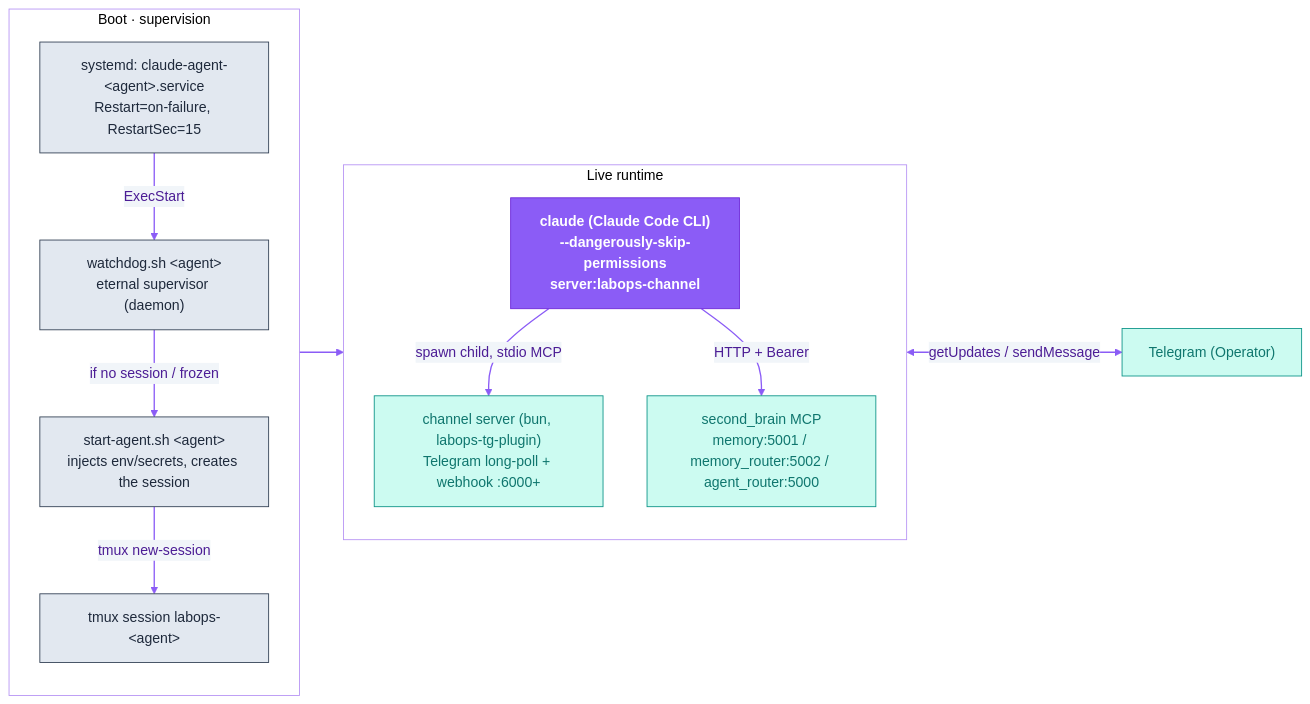
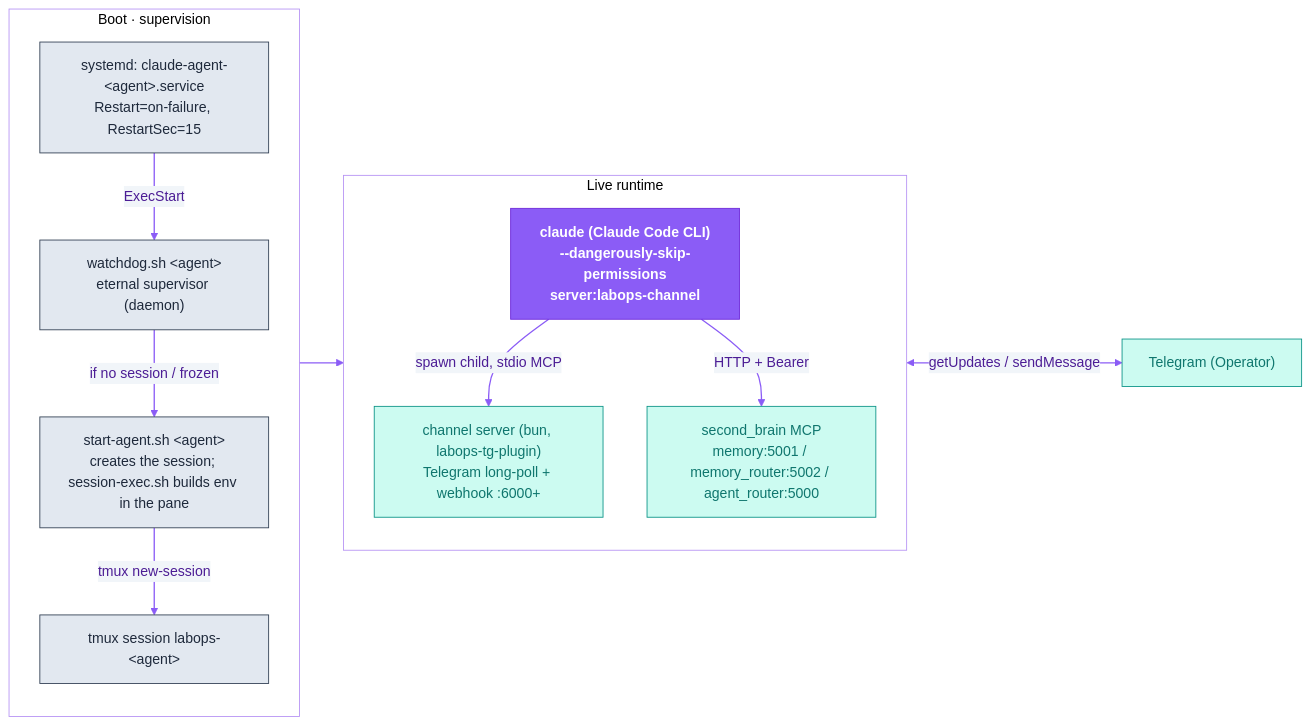
The second of 4 diagrams in agent-architecture/README.md (dediukhinpa/labops-ai-assistant), drawn with Mermaid before and after one commit. The commit also changed other lines of this file and 7 other files, not shown here.

Commit message:
Assemble agent session env inside the tmux pane instead of passing it as flags

````diff
--- a/agent-architecture/README.md
+++ b/agent-architecture/README.md
@@ -130,32 +130,32 @@
 ```mermaid
 %%{init: {'theme':'base','themeVariables':{'primaryColor':'#EDE9FE','primaryTextColor':'#4C1D95','primaryBorderColor':'#8B5CF6','lineColor':'#8B5CF6','secondaryColor':'#F1F5F9','tertiaryColor':'#ffffff','clusterBkg':'transparent','clusterBorder':'#B794F4','fontFamily':'Helvetica,Arial,sans-serif'}}}%%
 flowchart LR
   subgraph boot["Boot · supervision"]
     direction TB
     SD["systemd: claude-agent-&lt;agent&gt;.service<br/>Restart=on-failure, RestartSec=15"]
     WD["watchdog.sh &lt;agent&gt;<br/>eternal supervisor (daemon)"]
-    SA["start-agent.sh &lt;agent&gt;<br/>injects env/secrets, creates the session"]
+    SA["start-agent.sh &lt;agent&gt;<br/>creates the session; session-exec.sh builds env in the pane"]
     TM["tmux session labops-&lt;agent&gt;"]
     SD -->|ExecStart| WD
     WD -->|if no session / frozen| SA
     SA -->|tmux new-session| TM
   end
   subgraph live["Live runtime"]
     direction TB
     CC["claude (Claude Code CLI)<br/>--dangerously-skip-permissions<br/>server:labops-channel"]
     BUN["channel server (bun, labops-tg-plugin)<br/>Telegram long-poll + webhook :6000+"]
     SB["second_brain MCP<br/>memory:5001 / memory_router:5002 / agent_router:5000"]
   end
   TM --> CC
   CC -->|spawn child, stdio MCP| BUN
   CC -->|HTTP + Bearer| SB
   BUN <-->|getUpdates / sendMessage| TG["Telegram (Operator)"]
   classDef brand fill:#8B5CF6,stroke:#6D28D9,color:#ffffff,font-weight:bold
   classDef ext fill:#CCFBF1,stroke:#0D9488,color:#0F766E
   classDef store fill:#FEF3C7,stroke:#D97706,color:#92400E
   classDef sys fill:#E2E8F0,stroke:#334155,color:#1E293B
   linkStyle default stroke:#8B5CF6,stroke-width:1.5px
   class CC brand
   class SD,WD,SA,TM sys
   class BUN,SB,TG ext
 ```
````
